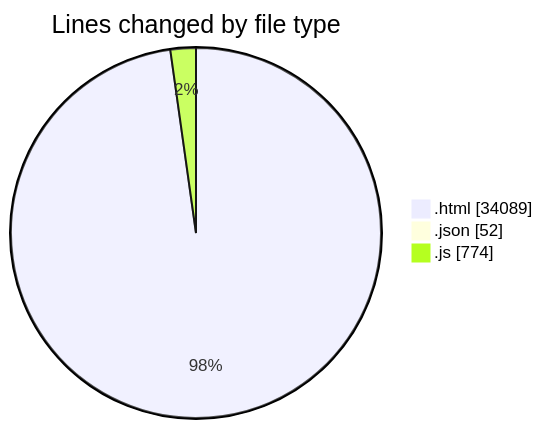
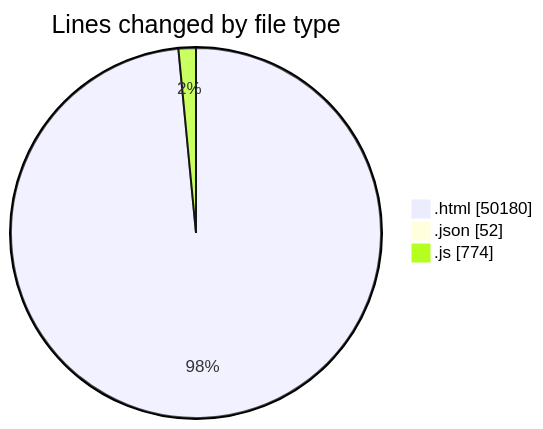
The first of 2 diagrams in 2025-09-16/www/README.md (vahidmafi/code-tracking), drawn with Mermaid before and after one commit. The commit also changed other lines of this file and 1 other file, not shown here.

````diff
--- a/2025-09-16/www/README.md
+++ b/2025-09-16/www/README.md
@@ -59,7 +85,7 @@
 ```mermaid
 pie showData
 title Lines changed by file type
-".html" : 34089
+".html" : 50180
 ".json" : 52
 ".js" : 774
 ```
````
